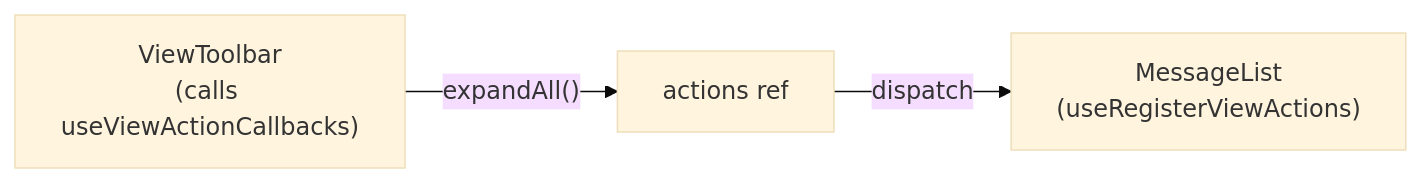
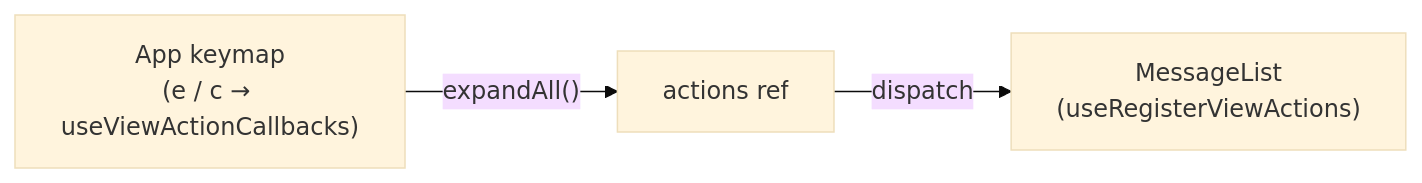
Before and after one commit to Mercy811/claude-code-trace: the eighth of 13 diagrams in specs/05-frontend-web.md, drawn with Mermaid (base theme). The commit also changed other lines of this file and 3 other files, not shown here.

````diff
--- a/specs/05-frontend-web.md
+++ b/specs/05-frontend-web.md
@@ -159,6 +161,6 @@
 ```mermaid
 flowchart LR
-    TB["ViewToolbar\n(calls useViewActionCallbacks)"]
-    TB -->|"expandAll()"| SLOT["actions ref"]
+    KB["App keymap\n(e / c → useViewActionCallbacks)"]
+    KB -->|"expandAll()"| SLOT["actions ref"]
     SLOT -->|"dispatch"| ML["MessageList\n(useRegisterViewActions)"]
 ```
````
